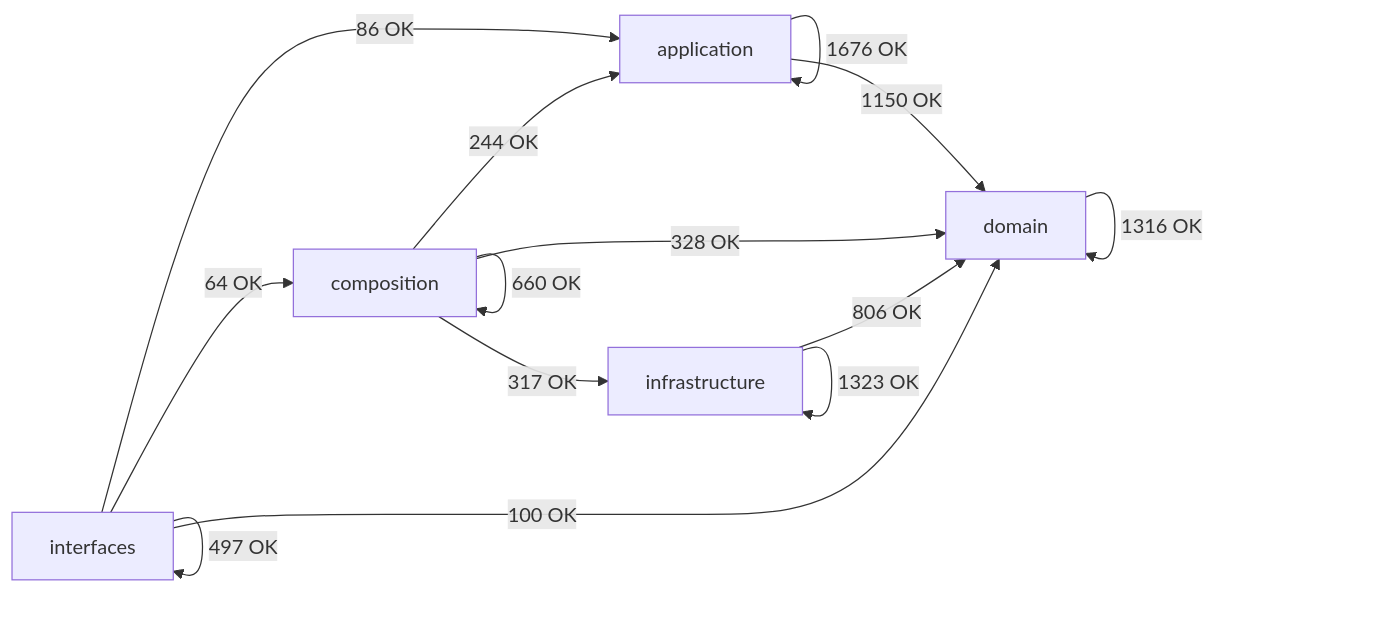
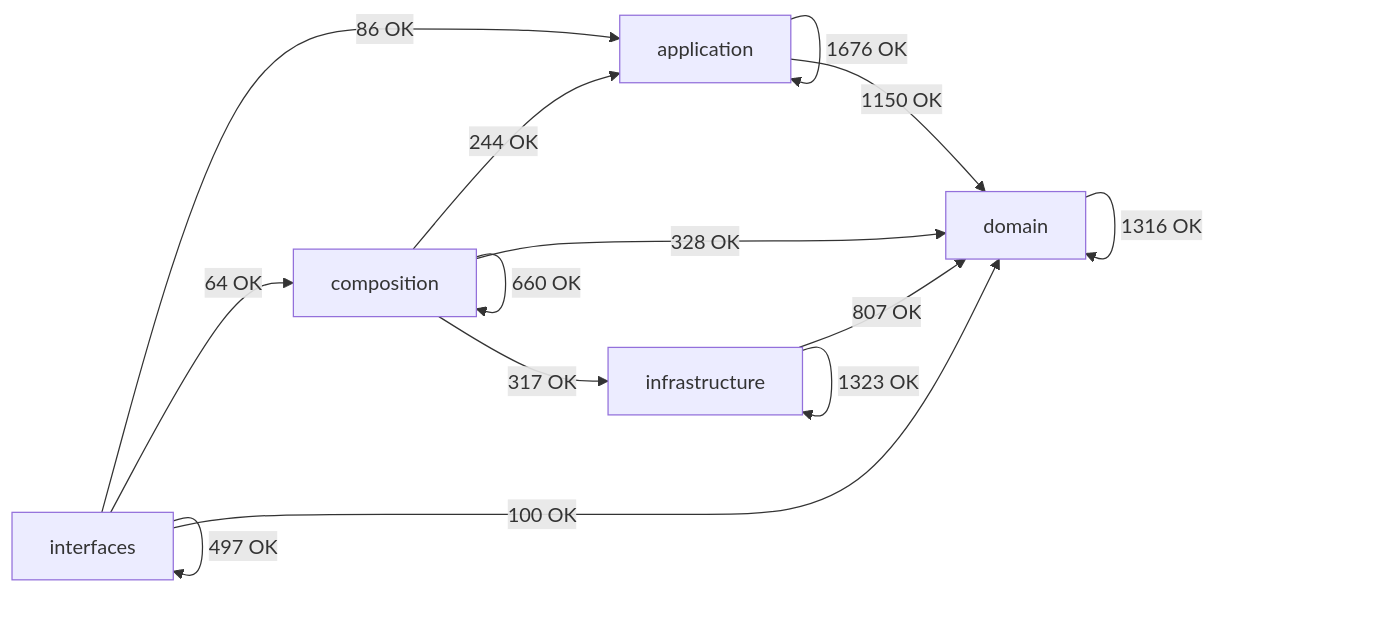
One commit to SatoryKono/BioactivityDataAcquisition changed the diagram in docs/02-architecture/generated/module-dependency-map.md. Above: the diagram before and after it, drawn with Mermaid. The commit also changed other lines of this file and 10 other files, not shown here.

````diff
--- a/docs/02-architecture/generated/module-dependency-map.md
+++ b/docs/02-architecture/generated/module-dependency-map.md
@@ -17,21 +17,21 @@
 ```mermaid
 flowchart LR
     domain[domain]
     application[application]
     infrastructure[infrastructure]
     composition[composition]
     interfaces[interfaces]
     application -->|1676 OK| application
     application -->|1150 OK| domain
     composition -->|244 OK| application
     composition -->|660 OK| composition
     composition -->|328 OK| domain
     composition -->|317 OK| infrastructure
     domain -->|1316 OK| domain
-    infrastructure -->|806 OK| domain
+    infrastructure -->|807 OK| domain
     infrastructure -->|1323 OK| infrastructure
     interfaces -->|86 OK| application
     interfaces -->|64 OK| composition
     interfaces -->|100 OK| domain
     interfaces -->|497 OK| interfaces
 ```
````
